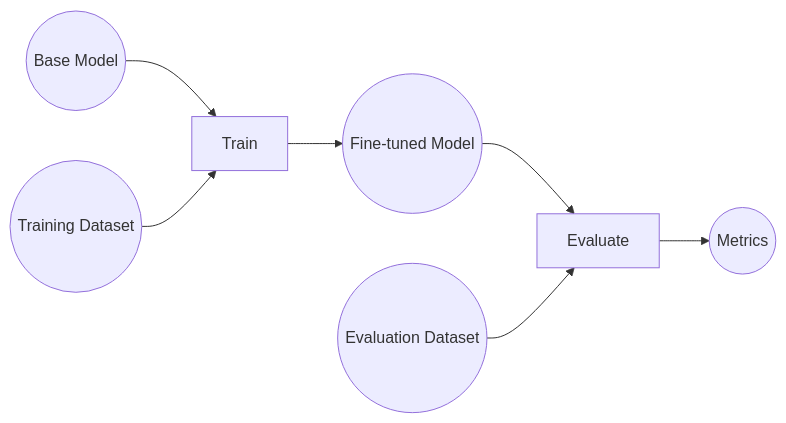
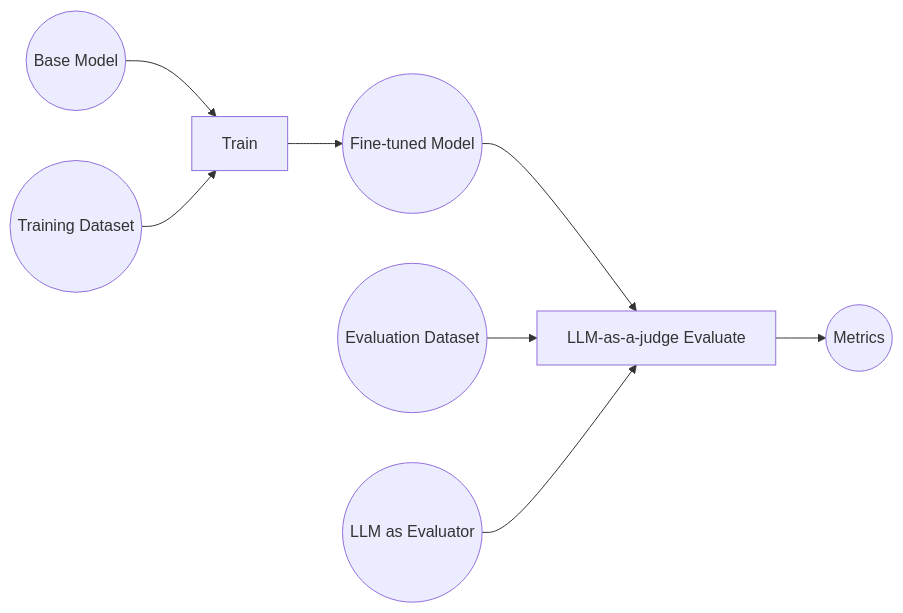
The diagram in 04.examples/news-classification/news-classification.en.md (opst/knitfab-docs), drawn with Mermaid before and after one commit. The commit also changed other lines of this file and 7 other files, not shown here.

````diff
--- a/04.examples/news-classification/news-classification.en.md
+++ b/04.examples/news-classification/news-classification.en.md
@@ -22,9 +23,10 @@
 ```mermaid
 flowchart LR
     A((Base Model)) --> C[Train]
     B((Training Dataset)) --> C
     C --> D((Fine-tuned Model))
-    D --> F[Evaluate]
-    E((Evaluation Dataset)) --> F
-    F --> G((Metrics)) 
+    D --> G[LLM-as-a-judge Evaluate]
+    E((Evaluation Dataset)) --> G
+    F((LLM as Evaluator)) --> G
+    G --> H((Metrics)) 
 ```
````
